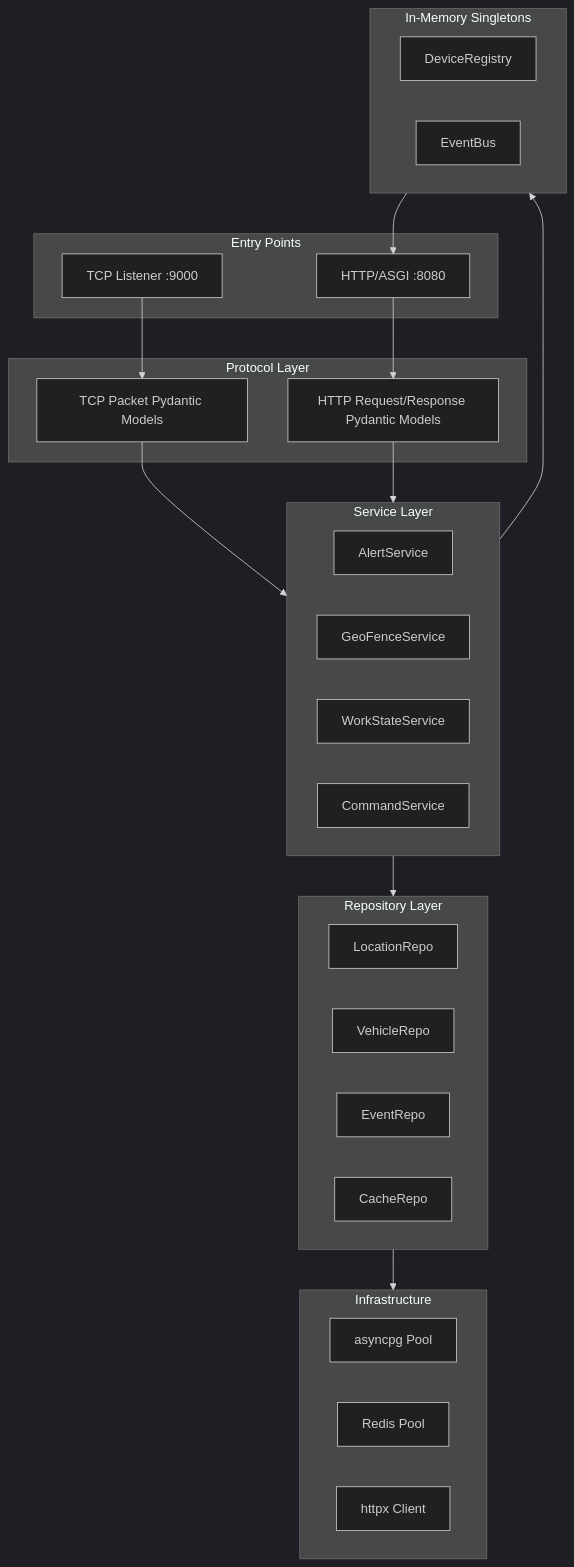
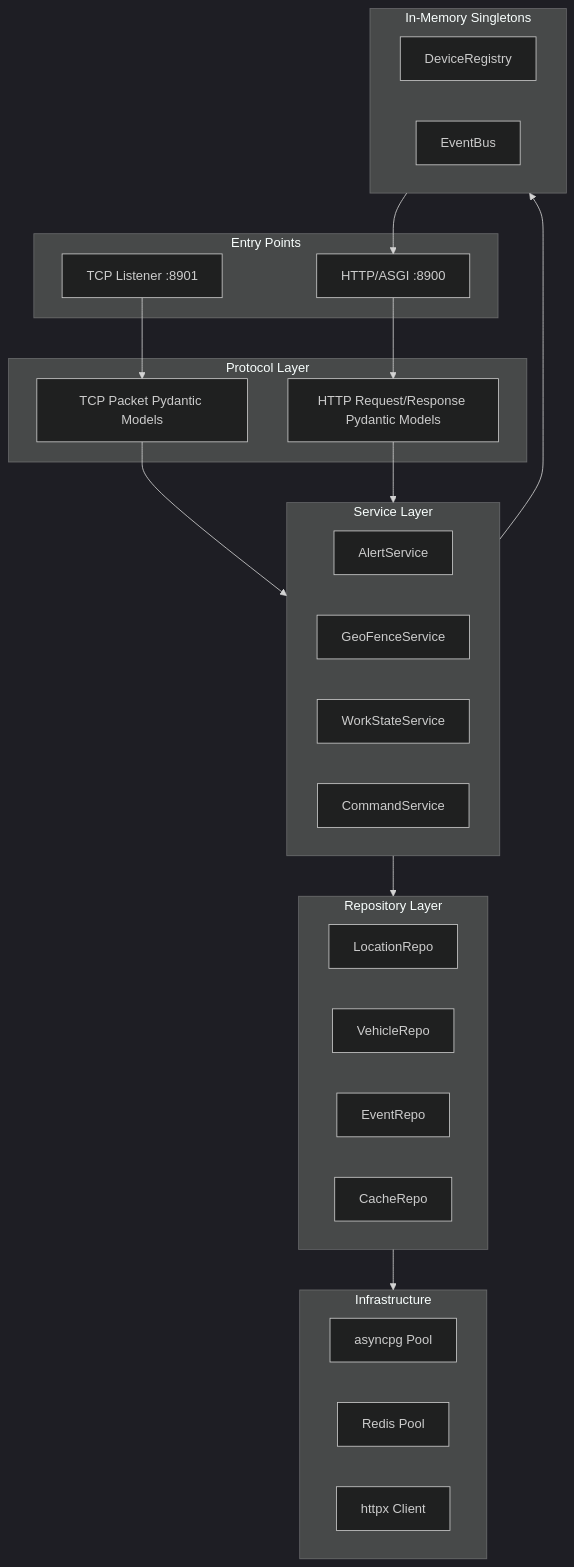
Before and after one commit to xiaolaohu123wf/tmss-server: the first of 3 diagrams in docs/ARCHITECTURE.md, drawn with Mermaid (dark theme). The commit also changed other lines of this file and 47 other files, not shown here.

````diff
--- a/docs/ARCHITECTURE.md
+++ b/docs/ARCHITECTURE.md
@@ -30,43 +30,43 @@
 ```mermaid
 flowchart TD
     subgraph entry [Entry Points]
-        TCP["TCP Listener :9000"]
-        HTTP["HTTP/ASGI :8080"]
+        TCP["TCP Listener :8901"]
+        HTTP["HTTP/ASGI :8900"]
     end
 
     subgraph protocol [Protocol Layer]
         TP["TCP Packet Pydantic Models"]
         HP["HTTP Request/Response Pydantic Models"]
     end
 
     subgraph service [Service Layer]
         AS["AlertService"]
         GS["GeoFenceService"]
         WS["WorkStateService"]
         CS["CommandService"]
     end
 
     subgraph repo [Repository Layer]
         LR["LocationRepo"]
         VR["VehicleRepo"]
         ER["EventRepo"]
         CR["CacheRepo"]
     end
 
     subgraph infra [Infrastructure]
         PG["asyncpg Pool"]
         RD["Redis Pool"]
         HC["httpx Client"]
     end
 
     subgraph memory [In-Memory Singletons]
         DR["DeviceRegistry"]
         EB["EventBus"]
     end
 
     TCP --> TP --> service
     HTTP --> HP --> service
     service --> repo --> infra
     service --> memory
     memory --> HTTP
 ```
````
